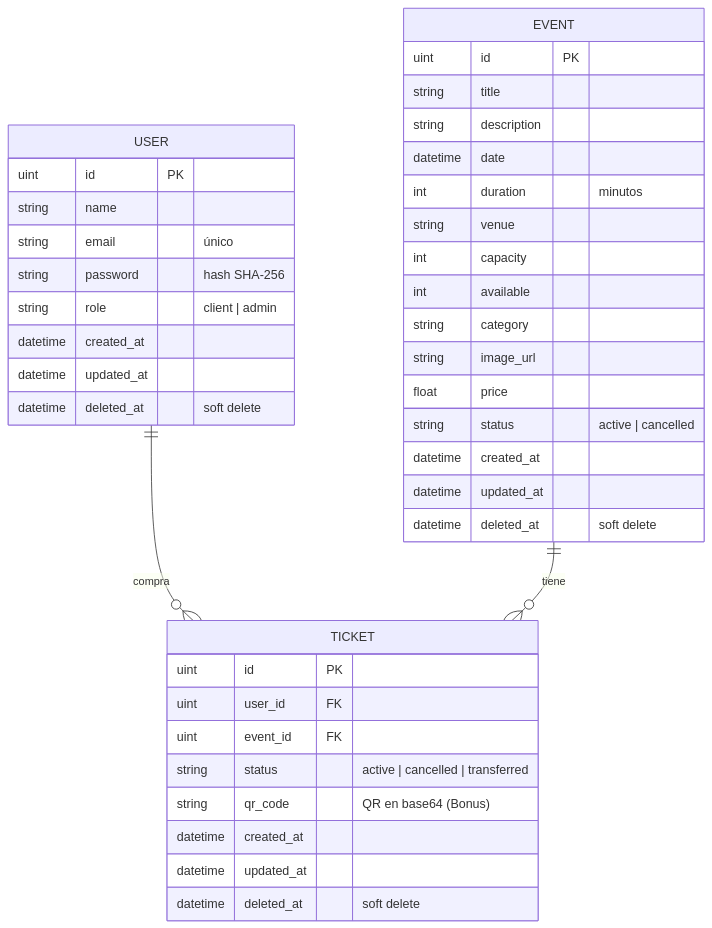
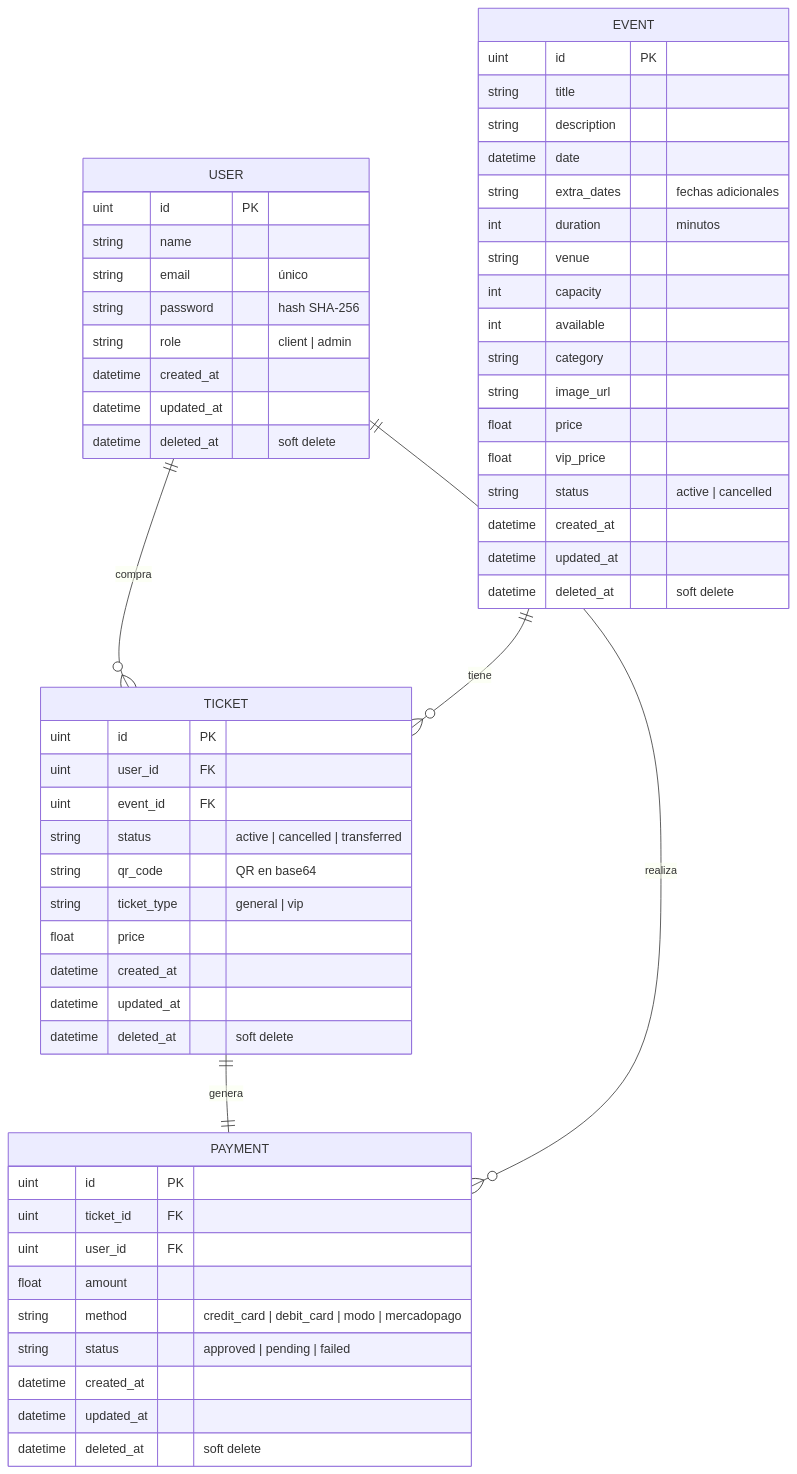
Before and after one commit to FlorChama/Proyecto-Desarrollo: the diagram in docs/diagrama-bd.md, drawn with Mermaid. The commit also changed other lines of this file and 7 other files, not shown here.

First line of the commit message:
docs: README completo con capturas de pantalla y diagrama BD actualizado

````diff
--- a/docs/diagrama-bd.md
+++ b/docs/diagrama-bd.md
@@ -6,45 +6,63 @@
 ```mermaid
 erDiagram
     USER ||--o{ TICKET : "compra"
     EVENT ||--o{ TICKET : "tiene"
+    TICKET ||--|| PAYMENT : "genera"
+    USER ||--o{ PAYMENT : "realiza"
 
     USER {
         uint id PK
         string name
         string email "único"
         string password "hash SHA-256"
         string role "client | admin"
         datetime created_at
         datetime updated_at
         datetime deleted_at "soft delete"
     }
 
     EVENT {
         uint id PK
         string title
         string description
         datetime date
+        string extra_dates "fechas adicionales"
         int duration "minutos"
         string venue
         int capacity
         int available
         string category
         string image_url
         float price
+        float vip_price
         string status "active | cancelled"
         datetime created_at
         datetime updated_at
         datetime deleted_at "soft delete"
     }
 
     TICKET {
         uint id PK
         uint user_id FK
         uint event_id FK
         string status "active | cancelled | transferred"
-        string qr_code "QR en base64 (Bonus)"
+        string qr_code "QR en base64"
+        string ticket_type "general | vip"
+        float price
+        datetime created_at
+        datetime updated_at
+        datetime deleted_at "soft delete"
+    }
+
+    PAYMENT {
+        uint id PK
+        uint ticket_id FK
+        uint user_id FK
+        float amount
+        string method "credit_card | debit_card | modo | mercadopago"
+        string status "approved | pending | failed"
         datetime created_at
         datetime updated_at
         datetime deleted_at "soft delete"
     }
 ```
````
